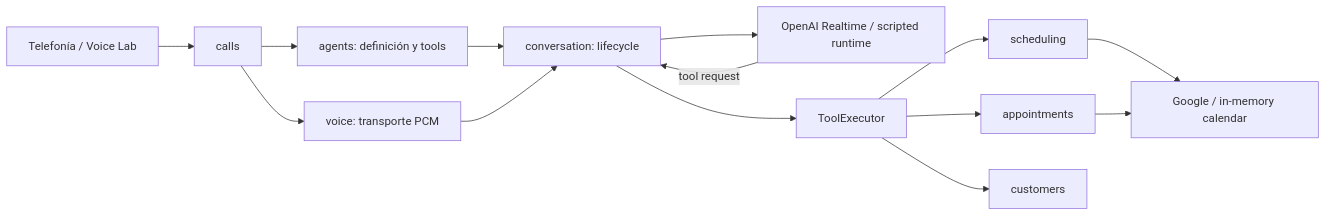
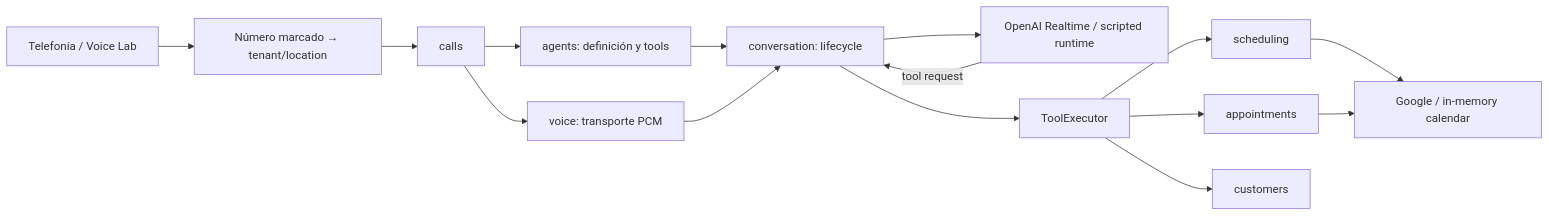
Before and after one commit to AlanCole1234/YIBO_AI_RECEPTIONIST: the diagram in docs/ARCHITECTURE.md, drawn with Mermaid. The commit also changed other lines of this file and 44 other files, not shown here.

````diff
--- a/docs/ARCHITECTURE.md
+++ b/docs/ARCHITECTURE.md
@@ -17,16 +17,17 @@
 ```mermaid
 flowchart LR
-  TEL["Telefonía / Voice Lab"] --> CALLS["calls"]
+  TEL["Telefonía / Voice Lab"] --> DID["Número marcado → tenant/location"]
+  DID --> CALLS["calls"]
   CALLS --> AGENTS["agents: definición y tools"]
   CALLS --> VOICE["voice: transporte PCM"]
   AGENTS --> CONV["conversation: lifecycle"]
   VOICE --> CONV
   CONV --> RT["OpenAI Realtime / scripted runtime"]
   RT -->|"tool request"| CONV
   CONV --> EXEC["ToolExecutor"]
   EXEC --> SCHED["scheduling"]
   EXEC --> APPT["appointments"]
   EXEC --> CUST["customers"]
   SCHED --> CAL["Google / in-memory calendar"]
   APPT --> CAL
 ```
````
